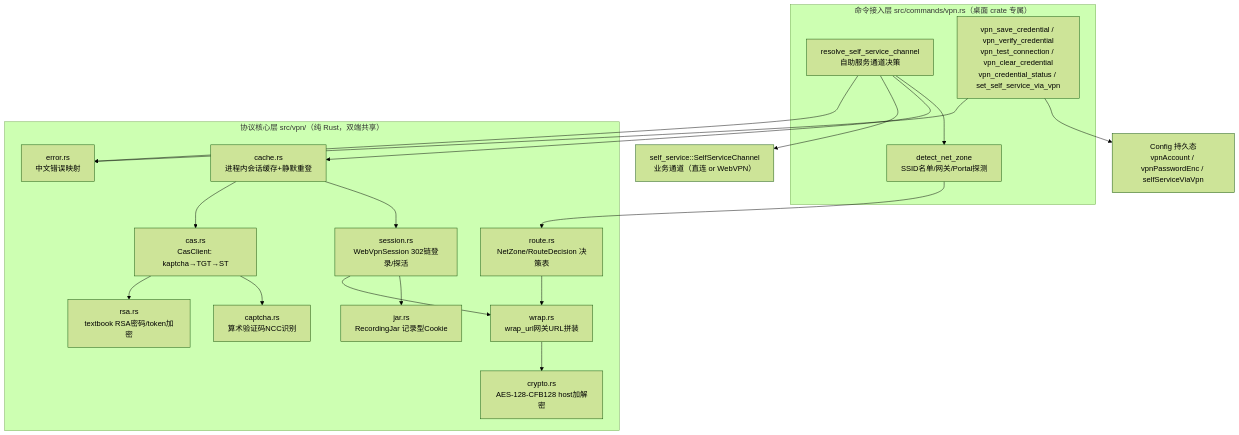
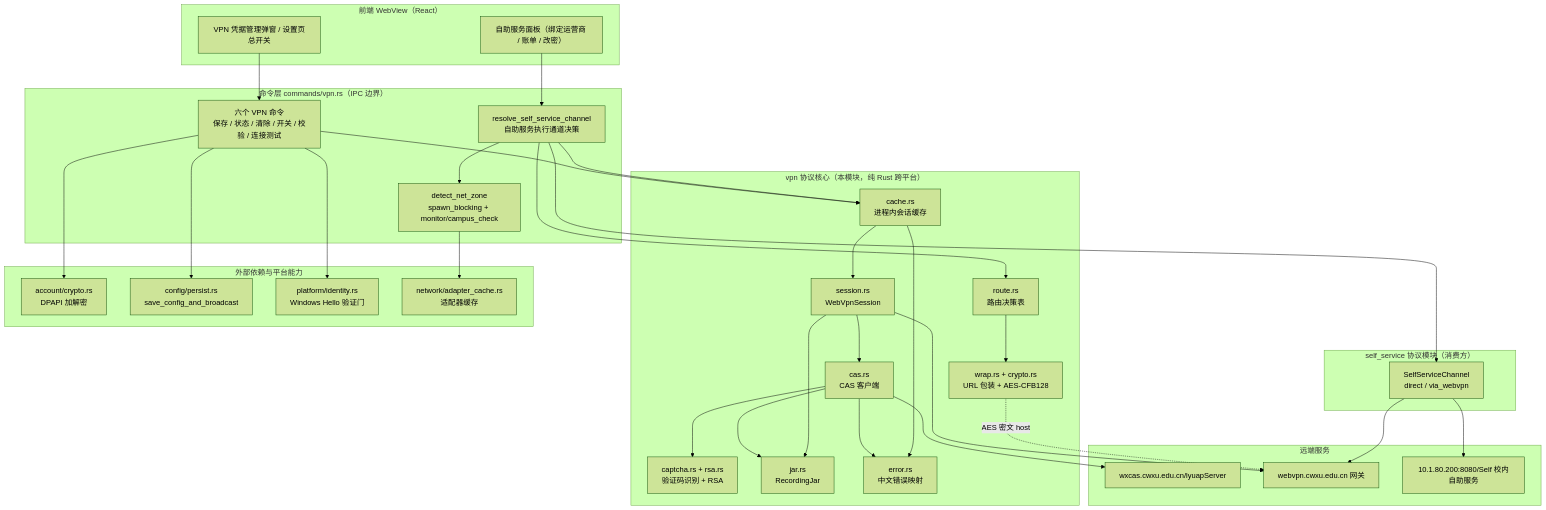
One commit to ikliml666/Wxxy-CampusLogin changed the first of 10 diagrams in .codewiki/modules/desktop-backend-vpn-integration.md. Above: the diagram before and after it, drawn with Mermaid (forest theme). The commit also changed other lines of this file and 15 other files, not shown here.

````diff
--- a/.codewiki/modules/desktop-backend-vpn-integration.md
+++ b/.codewiki/modules/desktop-backend-vpn-integration.md
@@ -30,40 +51,61 @@
 ```mermaid
 flowchart TB
-    subgraph CMD["命令接入层 src/commands/vpn.rs（桌面 crate 专属）"]
-        VSC["resolve_self_service_channel<br/>自助服务通道决策"]
-        VSA["vpn_save_credential / vpn_verify_credential<br/>vpn_test_connection / vpn_clear_credential<br/>vpn_credential_status / set_self_service_via_vpn"]
-        DET["detect_net_zone<br/>SSID名单/网关/Portal探测"]
+    subgraph FE["前端 WebView（React）"]
+        VpnDialog["VPN 凭据管理弹窗 / 设置页总开关"]
+        SelfPanel["自助服务面板（绑定运营商 / 账单 / 改密）"]
     end
 
-    subgraph LIB["协议核心层 src/vpn/（纯 Rust，双端共享）"]
-        CRYPTO["crypto.rs<br/>AES-128-CFB128 host加解密"]
-        WRAP["wrap.rs<br/>wrap_url网关URL拼装"]
-        ROUTE["route.rs<br/>NetZone/RouteDecision 决策表"]
-        CAS["cas.rs<br/>CasClient: kaptcha→TGT→ST"]
-        CAPT["captcha.rs<br/>算术验证码NCC识别"]
-        RSA["rsa.rs<br/>textbook RSA密码/token加密"]
-        SESS["session.rs<br/>WebVpnSession 302链登录/探活"]
-        CACHE["cache.rs<br/>进程内会话缓存+静默重登"]
-        JAR["jar.rs<br/>RecordingJar 记录型Cookie"]
-        ERR["error.rs<br/>中文错误映射"]
+    subgraph CMD["命令层 commands/vpn.rs（IPC 边界）"]
+        CredCmds["六个 VPN 命令<br/>保存 / 状态 / 清除 / 开关 / 校验 / 连接测试"]
+        Channel["resolve_self_service_channel<br/>自助服务执行通道决策"]
+        ZoneProbe["detect_net_zone<br/>spawn_blocking + monitor/campus_check"]
     end
 
-    CONFIG["Config 持久态<br/>vpnAccount / vpnPasswordEnc / selfServiceViaVpn"]
-    SELF["self_service::SelfServiceChannel<br/>业务通道（直连 or WebVPN）"]
+    subgraph VPN["vpn 协议核心（本模块，纯 Rust 跨平台）"]
+        Route["route.rs<br/>路由决策表"]
+        Wrap["wrap.rs + crypto.rs<br/>URL 包装 + AES-CFB128"]
+        Cache["cache.rs<br/>进程内会话缓存"]
+        Session["session.rs<br/>WebVpnSession"]
+        Cas["cas.rs<br/>CAS 客户端"]
+        Captcha["captcha.rs + rsa.rs<br/>验证码识别 + RSA"]
+        Jar["jar.rs<br/>RecordingJar"]
+        Err["error.rs<br/>中文错误映射"]
+    end
 
-    VSA --> CONFIG
-    VSC --> DET
-    DET --> ROUTE
-    ROUTE --> WRAP
-    WRAP --> CRYPTO
-    VSC --> CACHE
-    CACHE --> SESS
-    CACHE --> CAS
-    CAS --> CAPT
-    CAS --> RSA
-    SESS --> JAR
-    SESS --> WRAP
-    VSC --> SELF
-    VSA --> ERR
-    VSC --> ERR
+    subgraph SSX["self_service 协议模块（消费方）"]
+        Chan["SelfServiceChannel<br/>direct / via_webvpn"]
+    end
+
+    subgraph DEP["外部依赖与平台能力"]
+        AccountCrypto["account/crypto.rs<br/>DPAPI 加解密"]
+        Persist["config/persist.rs<br/>save_config_and_broadcast"]
+        Identity["platform/identity.rs<br/>Windows Hello 验证门"]
+        Network["network/adapter_cache.rs<br/>适配器缓存"]
+    end
+
+    subgraph REMOTE["远端服务"]
+        CAS["wxcas.cwxu.edu.cn/lyuapServer"]
+        GW["webvpn.cwxu.edu.cn 网关"]
+        SELF["10.1.80.200:8080/Self 校内自助服务"]
+    end
+
+    VpnDialog --> CredCmds
+    SelfPanel --> Channel
+    CredCmds --> Cache
+    Channel --> ZoneProbe --> Network
+    Channel --> Route --> Wrap
+    Channel --> Cache --> Session --> Cas --> Captcha
+    Cas --> Jar
+    Session --> Jar
+    CredCmds --> AccountCrypto
+    CredCmds --> Identity
+    CredCmds --> Persist
+    Channel --> Chan
+    Chan --> GW
+    Chan --> SELF
+    Cas --> CAS
+    Session --> GW
+    Wrap -. "AES 密文 host" .-> GW
+    Cas --> Err
+    Cache --> Err
 ```
````
